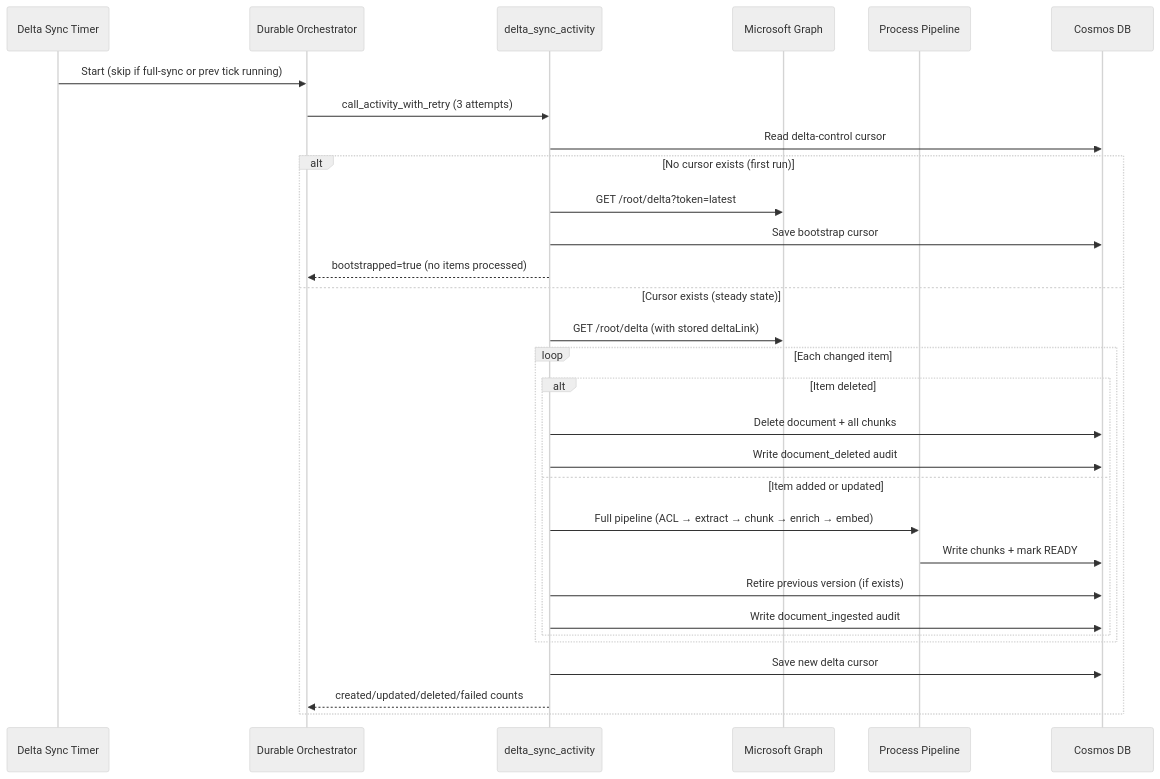
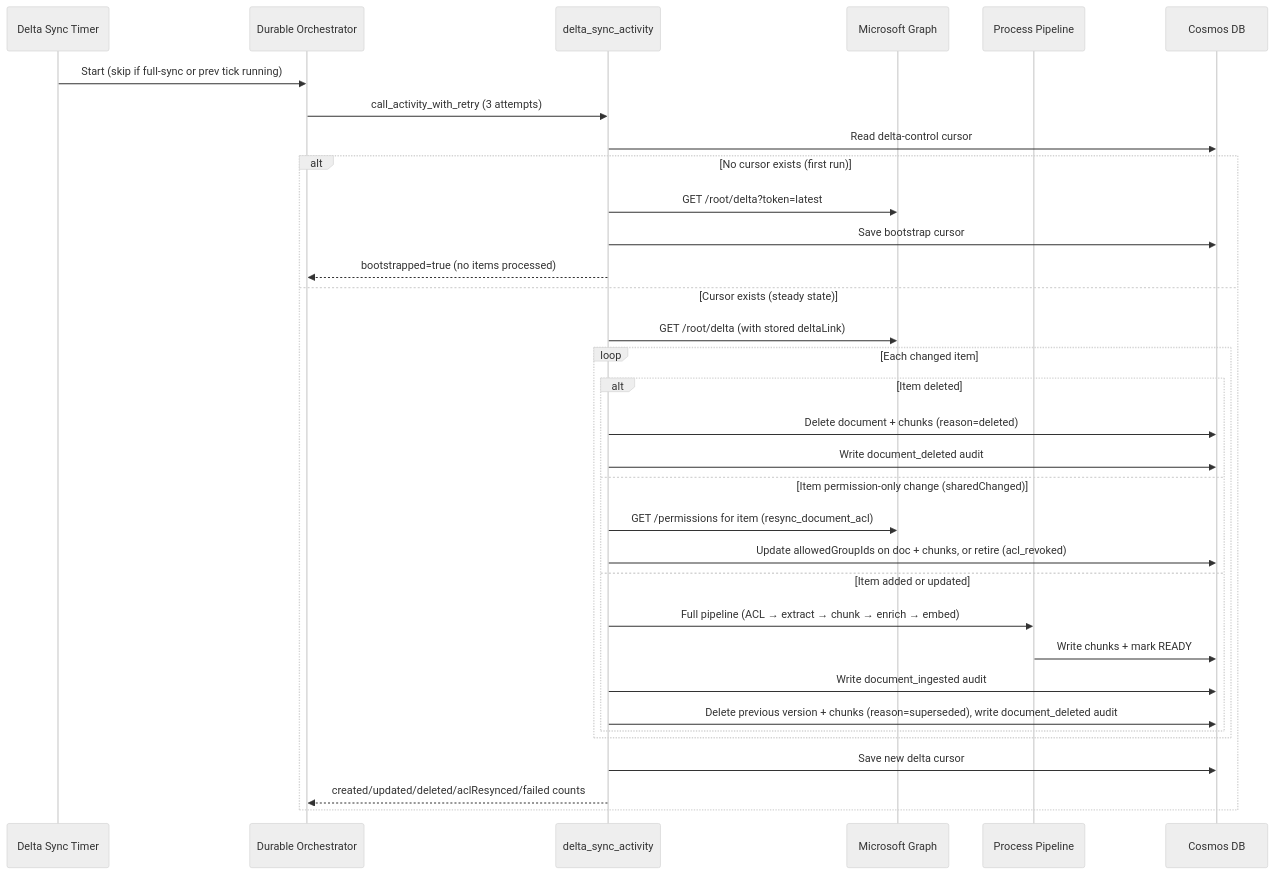
Before and after one commit to HariVamsiChittari/enterprise-rag-pipeline: the third of 10 diagrams in docs/ARCHITECTURE.md, drawn with Mermaid (neutral theme). The commit also changed other lines of this file and 8 other files, not shown here.

First line of the commit message:
Hard-delete documents on deletion and version supersession

````diff
--- a/docs/ARCHITECTURE.md
+++ b/docs/ARCHITECTURE.md
@@ -104,33 +104,36 @@
 ```mermaid
 sequenceDiagram
     participant Timer as Delta Sync Timer
     participant Orch as Durable Orchestrator
     participant Act as delta_sync_activity
     participant Graph as Microsoft Graph
     participant Pipeline as Process Pipeline
     participant Cosmos as Cosmos DB
 
     Timer->>Orch: Start (skip if full-sync or prev tick running)
     Orch->>Act: call_activity_with_retry (3 attempts)
     Act->>Cosmos: Read delta-control cursor
     alt No cursor exists (first run)
         Act->>Graph: GET /root/delta?token=latest
         Act->>Cosmos: Save bootstrap cursor
         Act-->>Orch: bootstrapped=true (no items processed)
     else Cursor exists (steady state)
         Act->>Graph: GET /root/delta (with stored deltaLink)
         loop Each changed item
             alt Item deleted
-                Act->>Cosmos: Delete document + all chunks
+                Act->>Cosmos: Delete document + chunks (reason=deleted)
                 Act->>Cosmos: Write document_deleted audit
+            else Item permission-only change (sharedChanged)
+                Act->>Graph: GET /permissions for item (resync_document_acl)
+                Act->>Cosmos: Update allowedGroupIds on doc + chunks, or retire (acl_revoked)
             else Item added or updated
                 Act->>Pipeline: Full pipeline (ACL → extract → chunk → enrich → embed)
                 Pipeline->>Cosmos: Write chunks + mark READY
-                Act->>Cosmos: Retire previous version (if exists)
                 Act->>Cosmos: Write document_ingested audit
+                Act->>Cosmos: Delete previous version + chunks (reason=superseded), write document_deleted audit
             end
         end
         Act->>Cosmos: Save new delta cursor
-        Act-->>Orch: created/updated/deleted/failed counts
+        Act-->>Orch: created/updated/deleted/aclResynced/failed counts
     end
 ```
````
